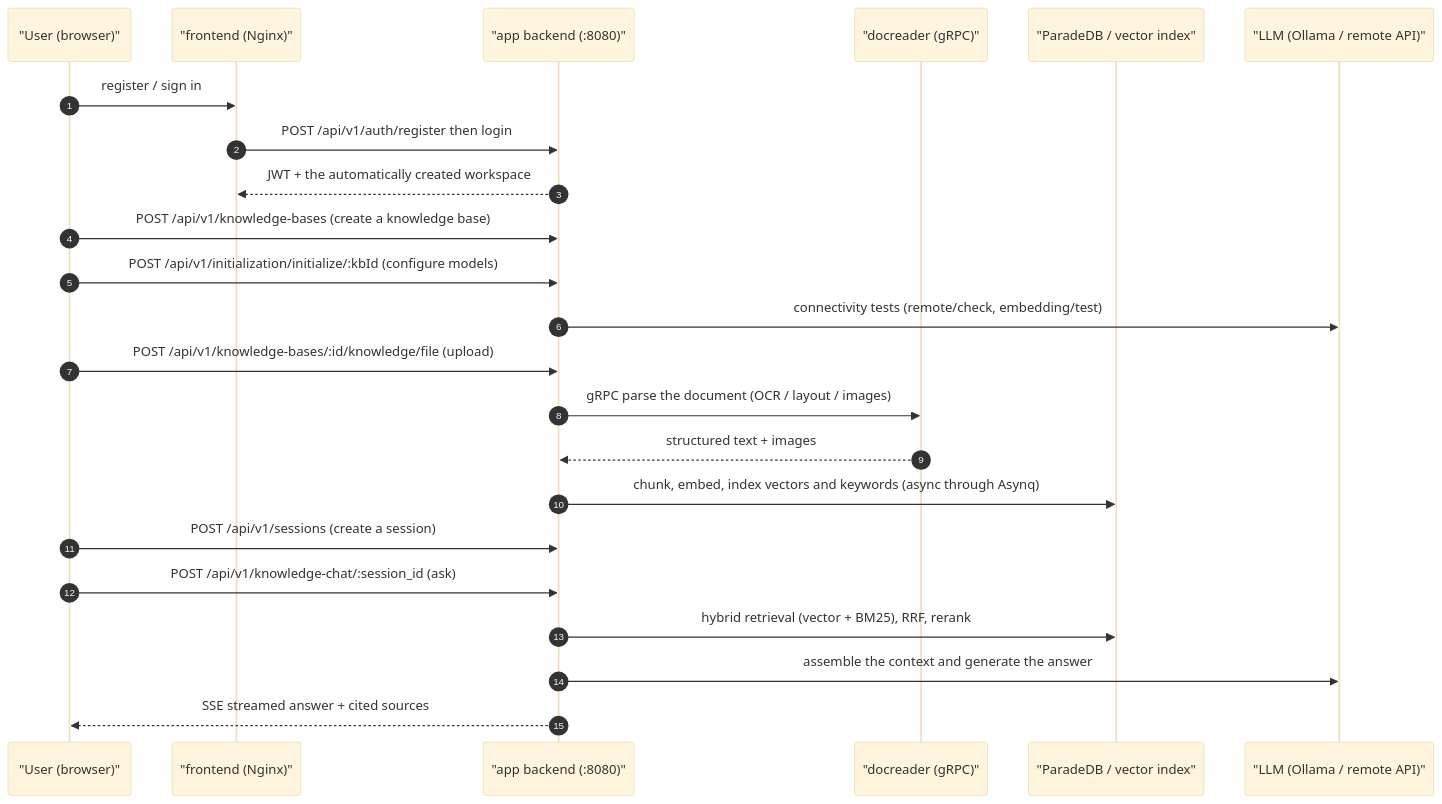
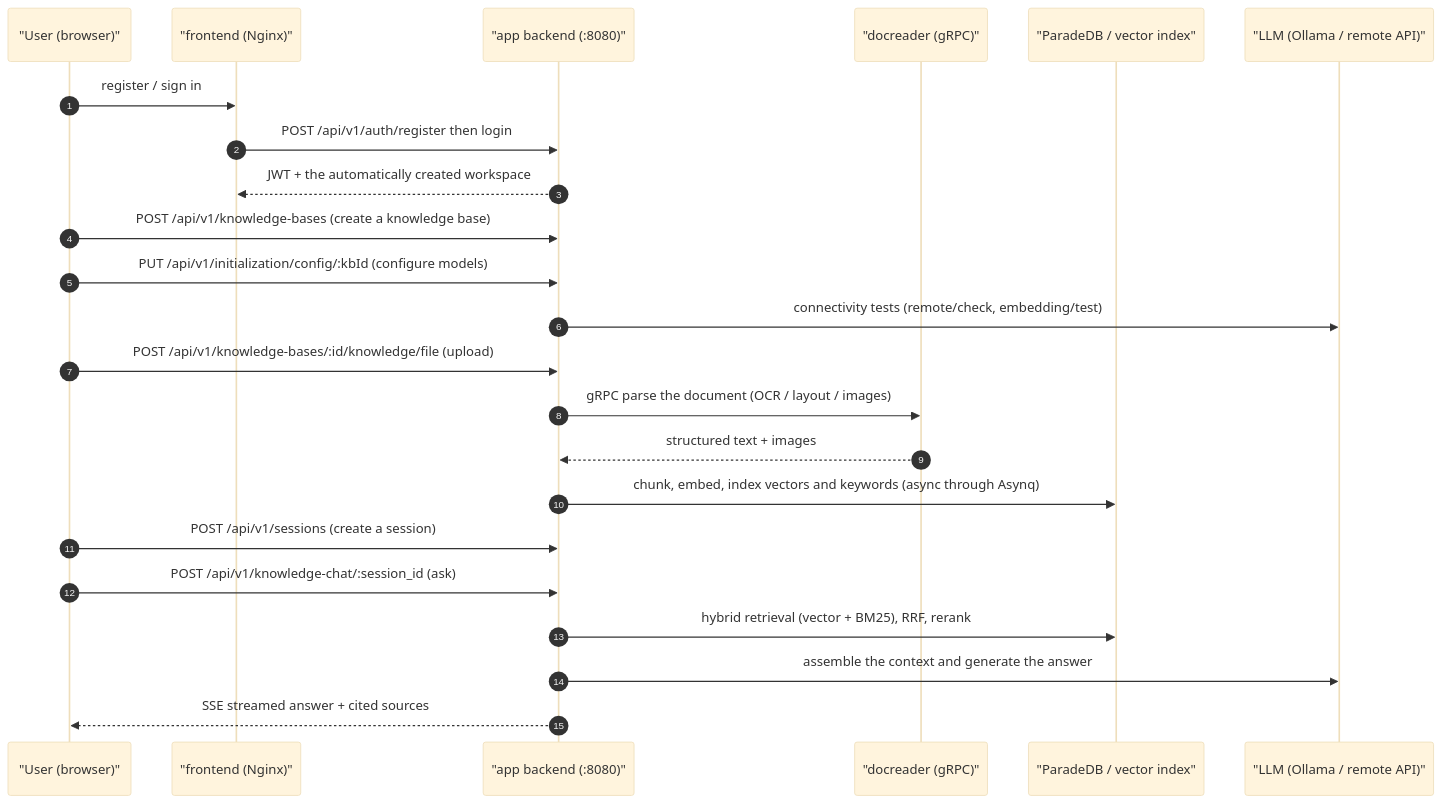
Before and after one commit to magicyuan876/Yuheng: the diagram in website-docs/en/01-getting-started/03-quickstart.md, drawn with Mermaid (base theme). The commit also changed other lines of this file and 160 other files, not shown here.

````diff
--- a/website-docs/en/01-getting-started/03-quickstart.md
+++ b/website-docs/en/01-getting-started/03-quickstart.md
@@ -168,25 +169,25 @@
 ```mermaid
 sequenceDiagram
     autonumber
     participant U as "User (browser)"
     participant FE as "frontend (Nginx)"
     participant APP as "app backend (:8080)"
     participant DR as "docreader (gRPC)"
     participant DB as "ParadeDB / vector index"
     participant LLM as "LLM (Ollama / remote API)"
     U->>FE: register / sign in
     FE->>APP: POST /api/v1/auth/register then login
     APP-->>FE: JWT + the automatically created workspace
     U->>APP: POST /api/v1/knowledge-bases (create a knowledge base)
-    U->>APP: POST /api/v1/initialization/initialize/:kbId (configure models)
+    U->>APP: PUT /api/v1/initialization/config/:kbId (configure models)
     APP->>LLM: connectivity tests (remote/check, embedding/test)
     U->>APP: POST /api/v1/knowledge-bases/:id/knowledge/file (upload)
     APP->>DR: gRPC parse the document (OCR / layout / images)
     DR-->>APP: structured text + images
     APP->>DB: chunk, embed, index vectors and keywords (async through Asynq)
     U->>APP: POST /api/v1/sessions (create a session)
     U->>APP: POST /api/v1/knowledge-chat/:session_id (ask)
     APP->>DB: hybrid retrieval (vector + BM25), RRF, rerank
     APP->>LLM: assemble the context and generate the answer
     APP-->>U: SSE streamed answer + cited sources
 ```
````
